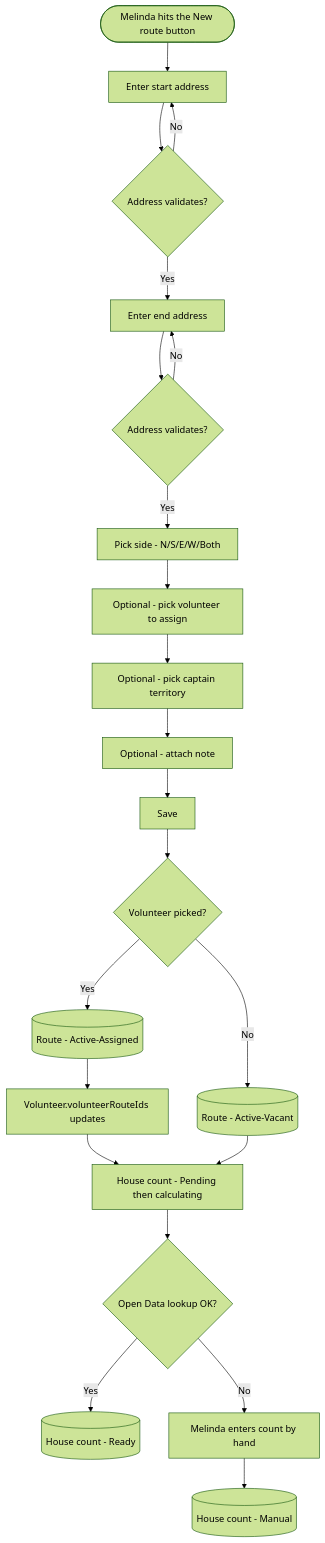
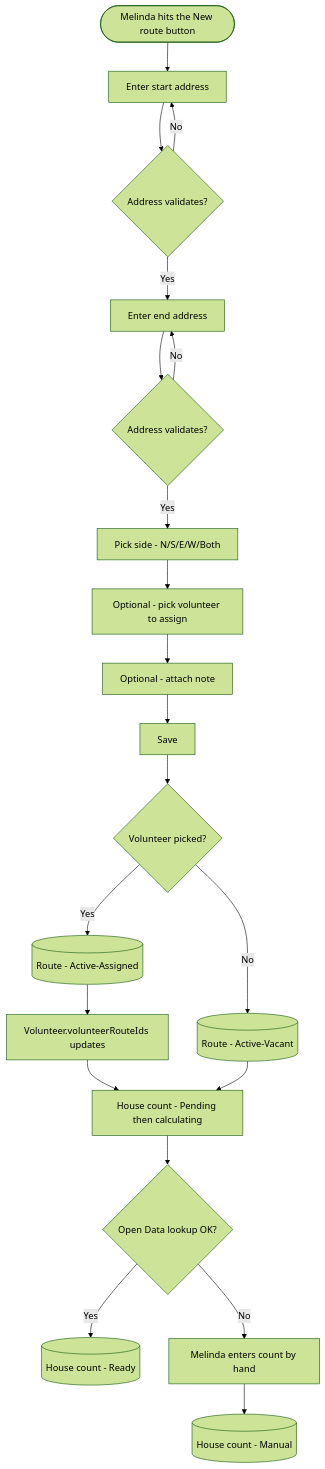
The third of 10 diagrams in docs/route_management_flow_v2.md (uwblueprint/beach-metro), drawn with Mermaid (forest theme) before and after one commit. The commit also changed other lines of this file, not shown here.

````diff
--- a/docs/route_management_flow_v2.md
+++ b/docs/route_management_flow_v2.md
@@ -90,24 +93,23 @@
 ```mermaid
 flowchart TD
     Start([Melinda hits the New route button]) --> StartAddr[Enter start address]
     StartAddr --> ValidStart{Address validates?}
     ValidStart -->|No| StartAddr
     ValidStart -->|Yes| EndAddr[Enter end address]
     EndAddr --> ValidEnd{Address validates?}
     ValidEnd -->|No| EndAddr
     ValidEnd -->|Yes| Side[Pick side - N/S/E/W/Both]
     Side --> OptVol[Optional - pick volunteer to assign]
-    OptVol --> OptTerr[Optional - pick captain territory]
-    OptTerr --> Notes[Optional - attach note]
+    OptVol --> Notes[Optional - attach note]
     Notes --> Save[Save]
     Save --> VolBranch{Volunteer picked?}
     VolBranch -->|Yes| Assigned[(Route - Active-Assigned)]
     VolBranch -->|No| Vacant[(Route - Active-Vacant)]
     Assigned --> VolUpdate[Volunteer.volunteerRouteIds updates]
     VolUpdate --> Calc[House count - Pending then calculating]
     Vacant --> Calc
     Calc --> CalcResult{Open Data lookup OK?}
     CalcResult -->|Yes| Ready[(House count - Ready)]
     CalcResult -->|No| ManualEntry[Melinda enters count by hand]
     ManualEntry --> Manual[(House count - Manual)]
 ```
````
